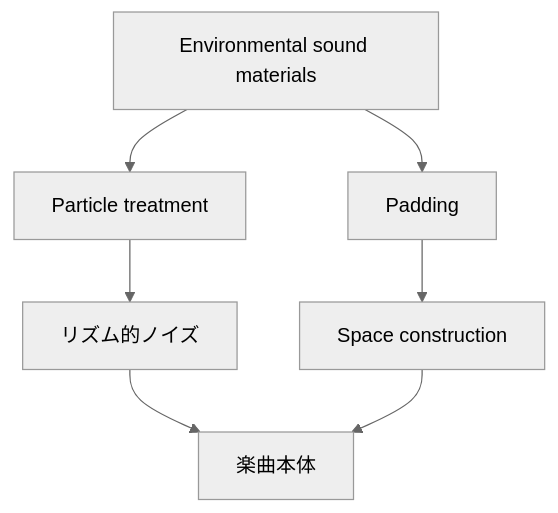
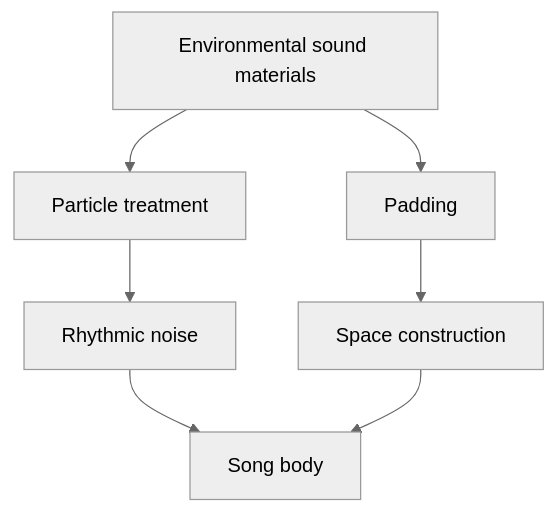
One commit to monumental-movement/monumental-movement.github.io changed the second of 2 diagrams in en/_posts/2025-12-12-column-post-dubstep-experimental-bass.md. Above: the diagram before and after it, drawn with Mermaid (neutral theme). The commit also changed other lines of this file and 851 other files, not shown here.

```diff
--- a/en/_posts/2025-12-12-column-post-dubstep-experimental-bass.md
+++ b/en/_posts/2025-12-12-column-post-dubstep-experimental-bass.md
@@ -193,9 +193,9 @@
 <div class="mermaid">
 flowchart TD
     A["Environmental sound materials"] --> B["Particle treatment"]
     B["Particle treatment"] --> C["Rhythmic noise"]
     A["Environmental sound materials"] --> D["Padding"]
     D["Padding"] --> E["Space construction"]
-    C["リズム的ノイズ"] --> F["Song body"]
-    E["Space construction"] --> F["楽曲本体"]
+    C["Rhythmic noise"] --> F["Song body"]
+    E["Space construction"] --> F["Song body"]
 </div>
```
